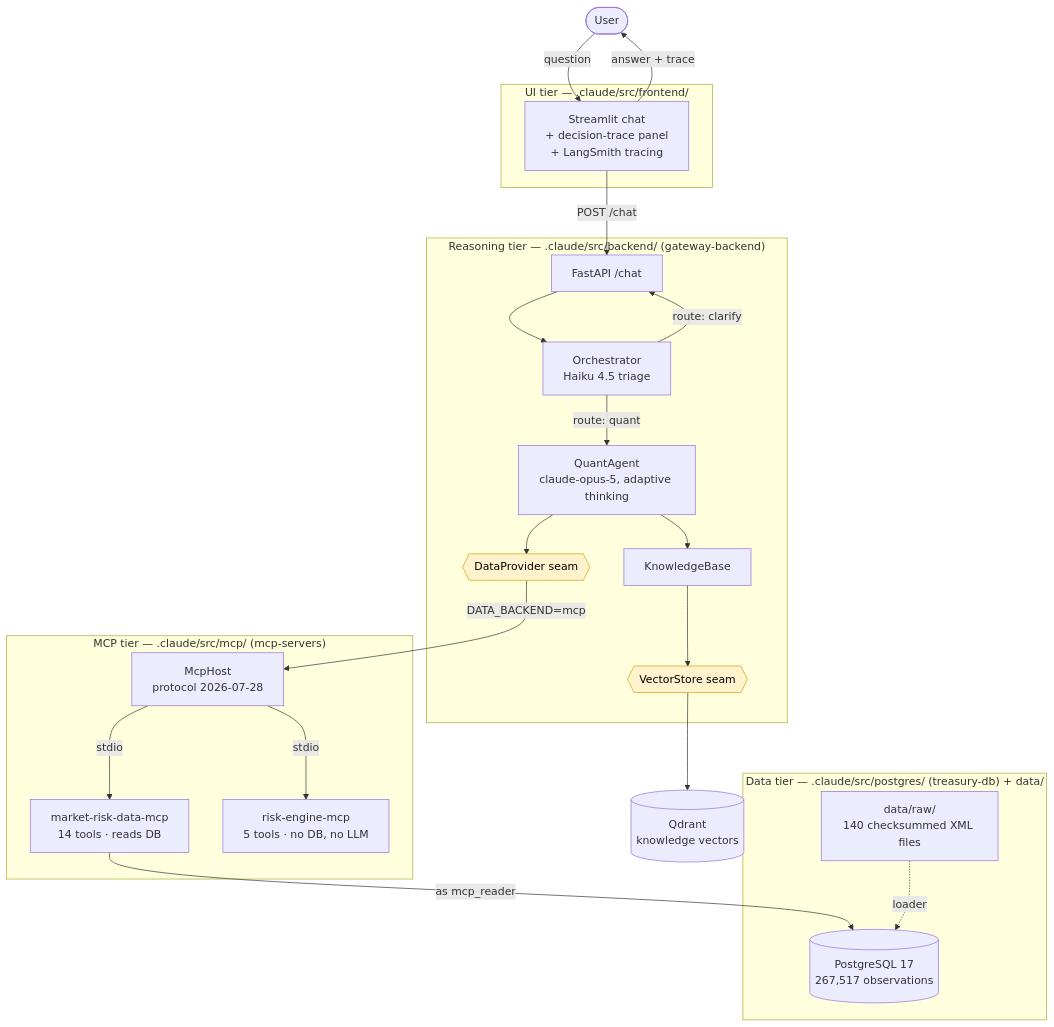
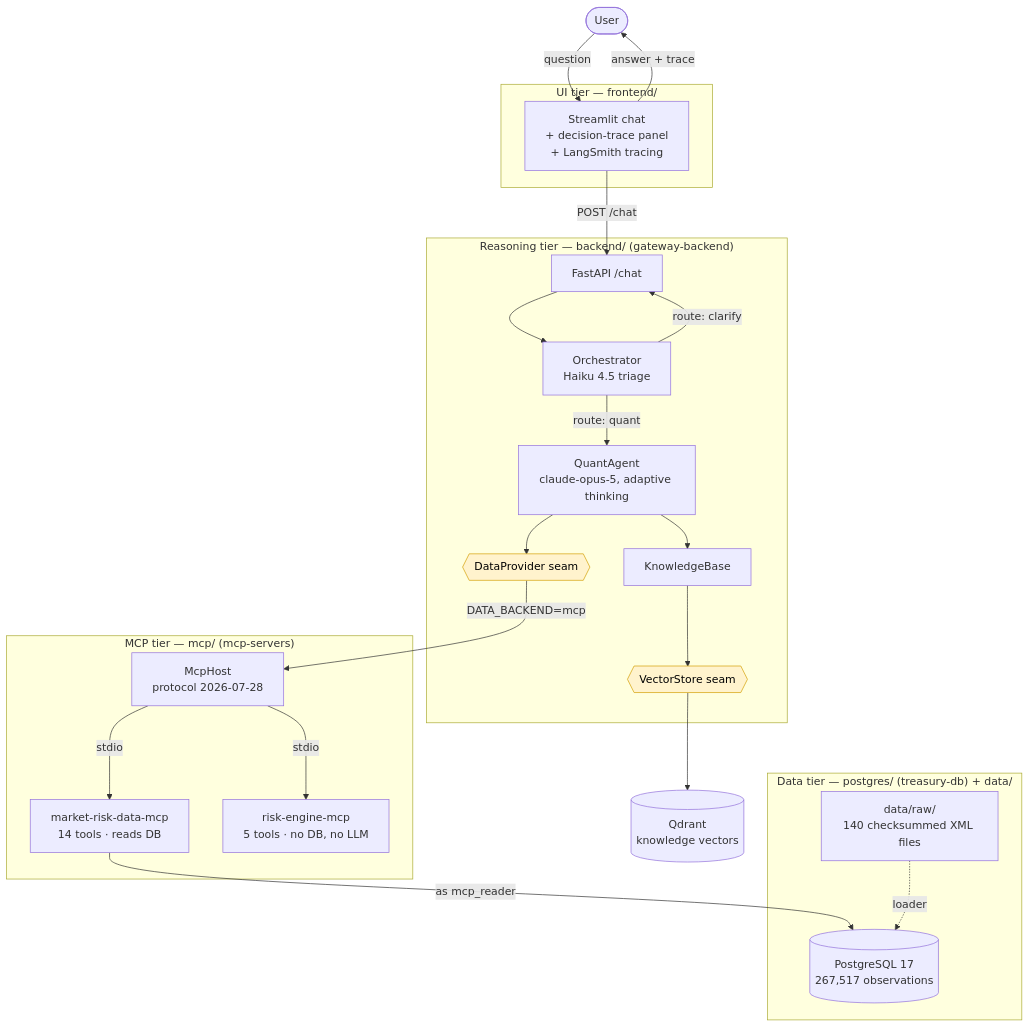
Before and after one commit to KrishnaAnnavaram/semantic-mcp-data-access-gateway: the first of 7 diagrams in README.md, drawn with Mermaid. The commit also changed other lines of this file and 103 other files, not shown here.

````diff
--- a/README.md
+++ b/README.md
@@ -40,47 +40,47 @@
 ```mermaid
 flowchart TD
     U([User])
 
-    subgraph UI["UI tier — .claude/src/frontend/"]
+    subgraph UI["UI tier — frontend/"]
         ST["Streamlit chat<br/>+ decision-trace panel<br/>+ LangSmith tracing"]
     end
 
-    subgraph BE["Reasoning tier — .claude/src/backend/ (gateway-backend)"]
+    subgraph BE["Reasoning tier — backend/ (gateway-backend)"]
         API["FastAPI /chat"]
         ORCH["Orchestrator<br/>Haiku 4.5 triage"]
         QA["QuantAgent<br/>claude-opus-5, adaptive thinking"]
         KB["KnowledgeBase"]
         DP{{"DataProvider seam"}}
         VS{{"VectorStore seam"}}
     end
 
-    subgraph MCP["MCP tier — .claude/src/mcp/ (mcp-servers)"]
+    subgraph MCP["MCP tier — mcp/ (mcp-servers)"]
         HOST["McpHost<br/>protocol 2026-07-28"]
         DATA["market-risk-data-mcp<br/>14 tools · reads DB"]
         RISK["risk-engine-mcp<br/>5 tools · no DB, no LLM"]
     end
 
-    subgraph DL["Data tier — .claude/src/postgres/ (treasury-db) + data/"]
+    subgraph DL["Data tier — postgres/ (treasury-db) + data/"]
         PG[("PostgreSQL 17<br/>267,517 observations")]
         RAW["data/raw/<br/>140 checksummed XML files"]
     end
 
     QD[("Qdrant<br/>knowledge vectors")]
 
     U -->|question| ST
     ST -->|"POST /chat"| API
     API --> ORCH
     ORCH -->|"route: quant"| QA
     ORCH -->|"route: clarify"| API
     QA --> KB --> VS --> QD
     QA --> DP
     DP -->|"DATA_BACKEND=mcp"| HOST
     HOST -->|stdio| DATA
     HOST -->|stdio| RISK
     DATA -->|"as mcp_reader"| PG
     RAW -.->|loader| PG
     ST -->|answer + trace| U
 
     classDef seam fill:#fff3cd,stroke:#d39e00,color:#000
     class DP,VS seam
 ```
````
